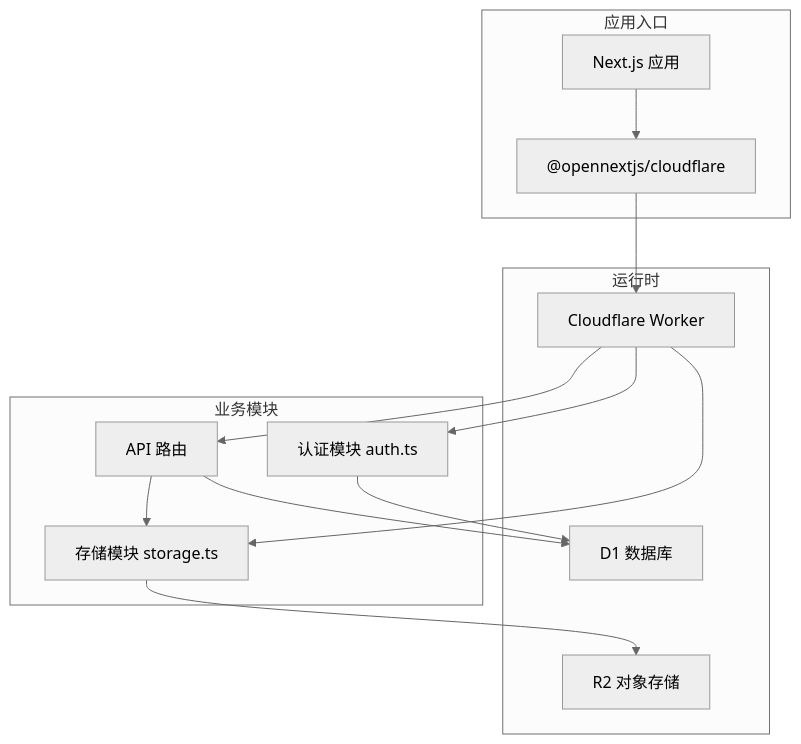
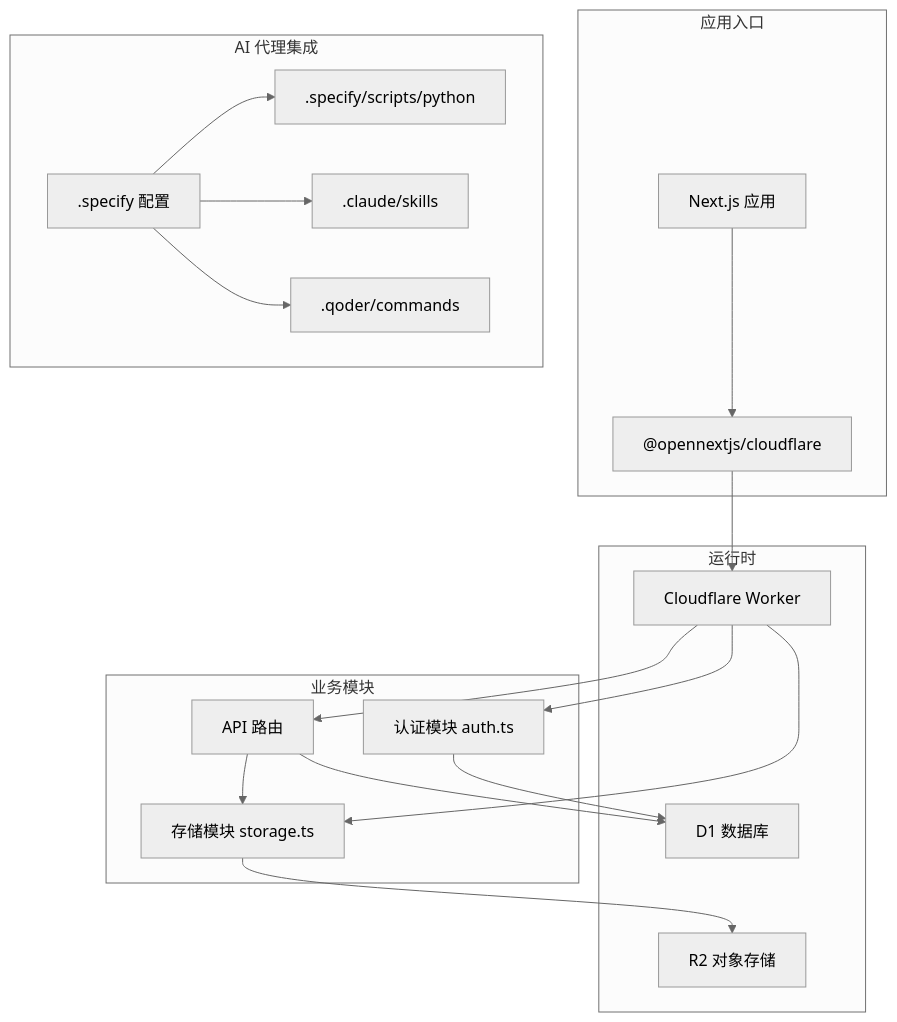
One commit to pnnh/weable changed the first of 6 diagrams in .qoder/repowiki/zh/content/开发指南/扩展开发/扩展开发.md. Above: the diagram before and after it, drawn with Mermaid (neutral theme). The commit also changed other lines of this file and 159 other files, not shown here.

````diff
--- a/.qoder/repowiki/zh/content/开发指南/扩展开发/扩展开发.md
+++ b/.qoder/repowiki/zh/content/开发指南/扩展开发/扩展开发.md
@@ -48,25 +67,34 @@
 ```mermaid
 graph TB
 subgraph "应用入口"
 NEXT["Next.js 应用"]
 OPENNEXT["@opennextjs/cloudflare"]
 end
 subgraph "运行时"
 WORKER["Cloudflare Worker"]
 D1["D1 数据库"]
 R2["R2 对象存储"]
 end
 subgraph "业务模块"
 AUTH["认证模块 auth.ts"]
 STORAGE["存储模块 storage.ts"]
 ROUTES["API 路由"]
 end
+subgraph "AI 代理集成"
+SPECIFY[".specify 配置"]
+PYTHON[".specify/scripts/python"]
+CLAUDE[".claude/skills"]
+QODER[".qoder/commands"]
+end
 NEXT --> OPENNEXT --> WORKER
 WORKER --> AUTH
 WORKER --> STORAGE
 WORKER --> ROUTES
 STORAGE --> R2
 ROUTES --> STORAGE
 ROUTES --> D1
 AUTH --> D1
+SPECIFY --> PYTHON
+SPECIFY --> CLAUDE
+SPECIFY --> QODER
 ```
````
